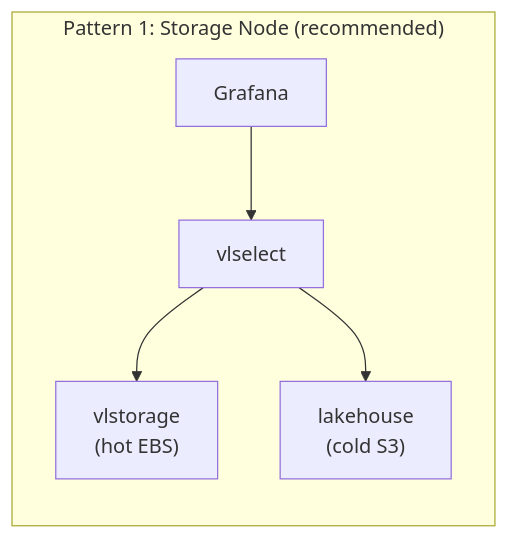
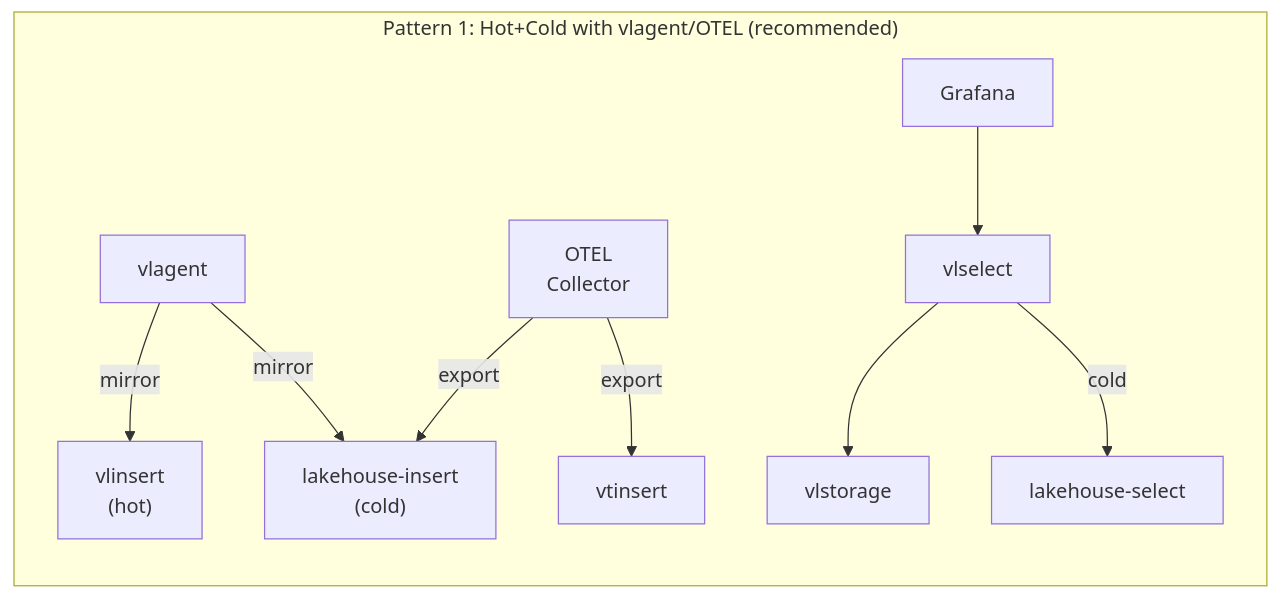
The fourth of 8 diagrams in README.md (ReliablyObserve/victoria-lakehouse), drawn with Mermaid before and after one commit. The commit also changed other lines of this file and 56 other files, not shown here.

First line of the commit message:
feat: Phase A write durability + deployment architecture docs (#11)

````diff
--- a/README.md
+++ b/README.md
@@ -159,8 +180,12 @@
 ```mermaid
 graph LR
-    subgraph "Pattern 1: Storage Node (recommended)"
+    subgraph "Pattern 1: Hot+Cold with vlagent/OTEL (recommended)"
+        VA["vlagent"] -->|mirror| VLI["vlinsert<br/>(hot)"]
+        VA -->|mirror| LHI["lakehouse-insert<br/>(cold)"]
+        OC["OTEL<br/>Collector"] -->|export| VTI["vtinsert"]
+        OC -->|export| LHI
         G1["Grafana"] --> VS1["vlselect"]
-        VS1 --> VLS1["vlstorage<br/>(hot EBS)"]
-        VS1 --> LH1["lakehouse<br/>(cold S3)"]
+        VS1 --> VLS1["vlstorage"]
+        VS1 -->|cold| LHS1["lakehouse-select"]
     end
 ```
````
